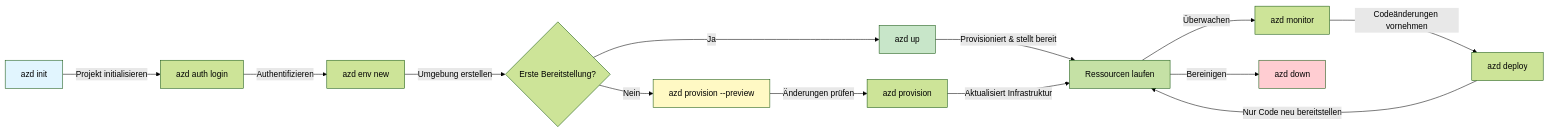
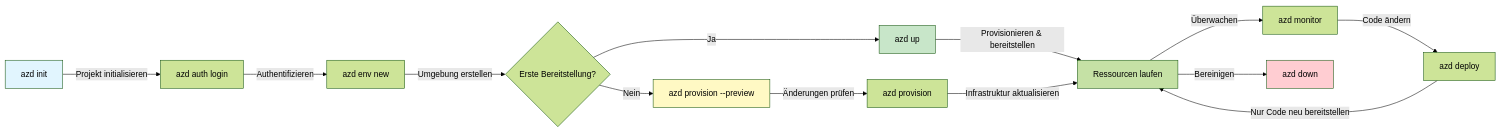
One commit to microsoft/AZD-for-beginners changed the first of 2 diagrams in translations/de/docs/chapter-01-foundation/azd-basics.md. Above: the diagram before and after it, drawn with Mermaid (forest theme). The commit also changed other lines of this file and 101 other files, not shown here.

````diff
--- a/translations/de/docs/chapter-01-foundation/azd-basics.md
+++ b/translations/de/docs/chapter-01-foundation/azd-basics.md
@@ -269,21 +269,21 @@
 ```mermaid
 graph LR
     A[azd init] -->|Projekt initialisieren| B[azd auth login]
     B -->|Authentifizieren| C[azd env new]
     C -->|Umgebung erstellen| D{Erste Bereitstellung?}
     D -->|Ja| E[azd up]
     D -->|Nein| F[azd provision --preview]
     F -->|Änderungen prüfen| G[azd provision]
-    E -->|Provisioniert & stellt bereit| H[Ressourcen laufen]
-    G -->|Aktualisiert Infrastruktur| H
+    E -->|Provisionieren & bereitstellen| H[Ressourcen laufen]
+    G -->|Infrastruktur aktualisieren| H
     H -->|Überwachen| I[azd monitor]
-    I -->|Codeänderungen vornehmen| J[azd deploy]
+    I -->|Code ändern| J[azd deploy]
     J -->|Nur Code neu bereitstellen| H
     H -->|Bereinigen| K[azd down]
     
     style A fill:#e1f5fe
     style E fill:#c8e6c9
     style F fill:#fff9c4
     style H fill:#c5e1a5
     style K fill:#ffcdd2
 ```
````
